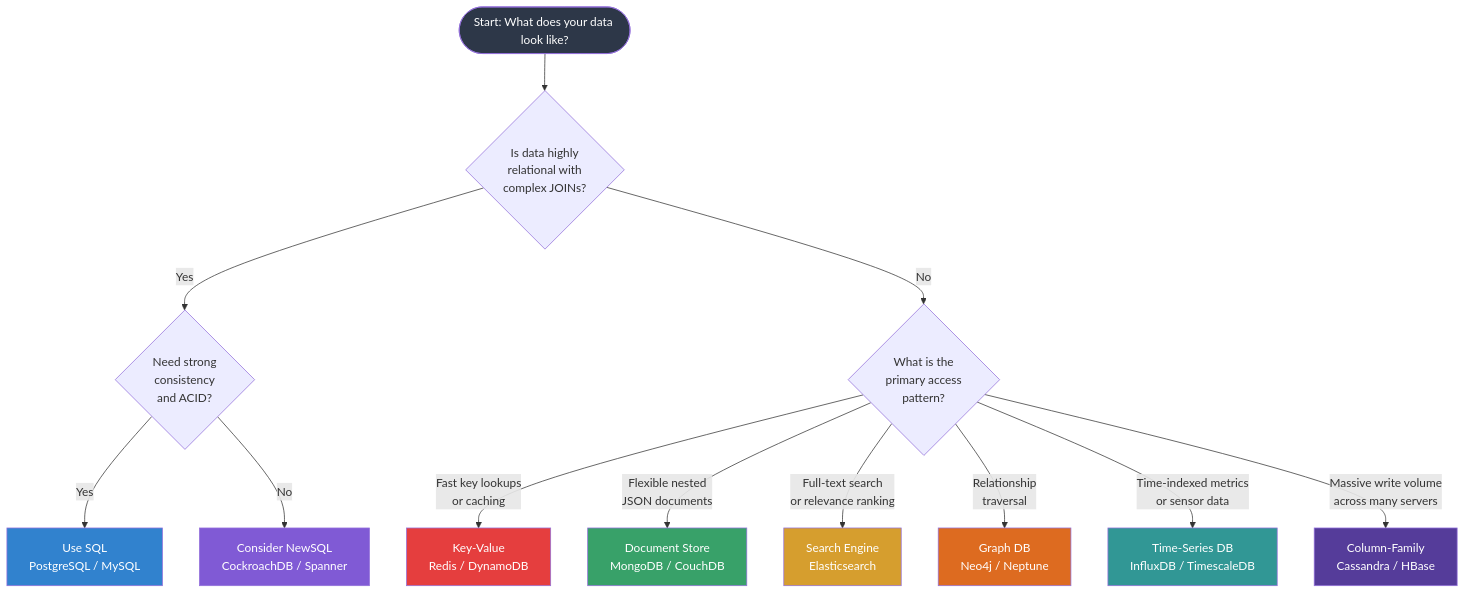
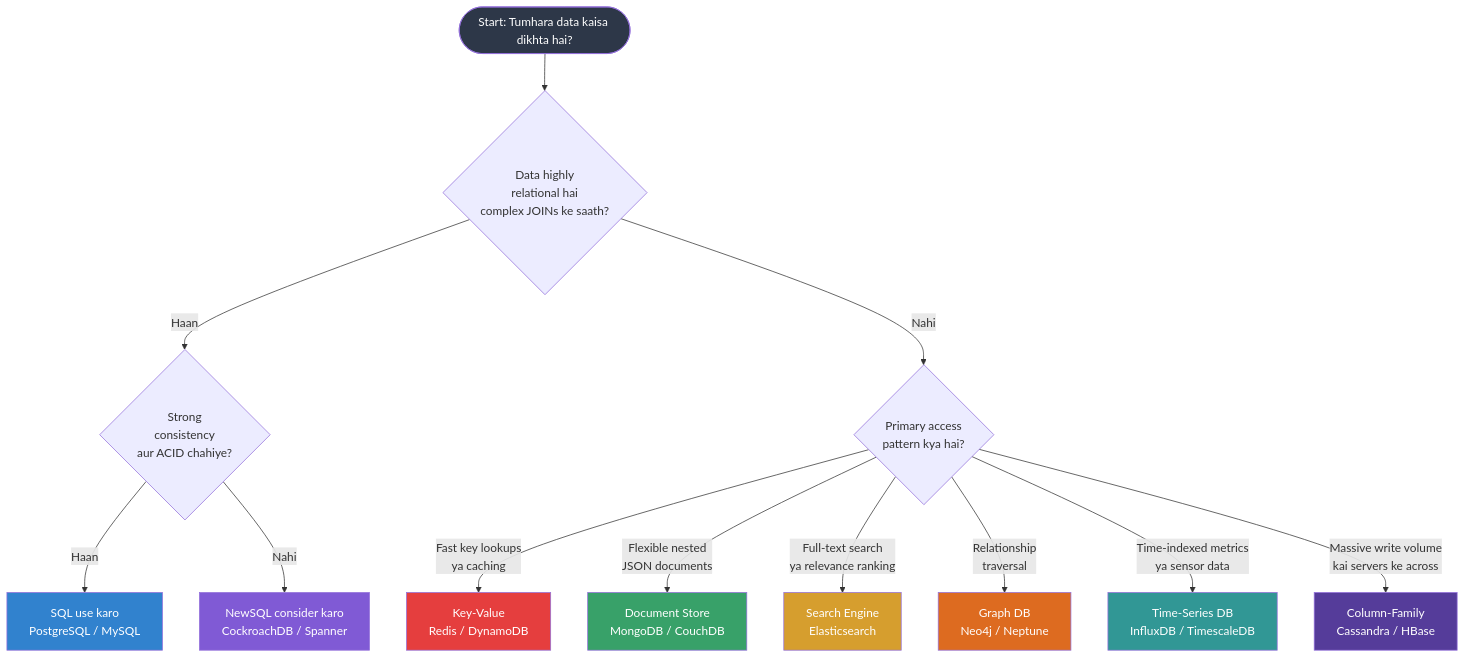
The second of 2 diagrams in database-notes/db-fundamentals/10-sql-vs-nosql.md (Siddesh-Pansare93/dev-notes), drawn with Mermaid before and after one commit. The commit also changed other lines of this file and 248 other files, not shown here.

````diff
--- a/database-notes/db-fundamentals/10-sql-vs-nosql.md
+++ b/database-notes/db-fundamentals/10-sql-vs-nosql.md
@@ -236,26 +236,26 @@
 ```mermaid
 flowchart TD
-    Start([Start: What does your data look like?]) --> Q1{Is data highly\nrelational with\ncomplex JOINs?}
-    Q1 -->|Yes| Q2{Need strong\nconsistency\nand ACID?}
-    Q1 -->|No| Q3{What is the\nprimary access\npattern?}
+    Start([Start: Tumhara data kaisa dikhta hai?]) --> Q1{Data highly\nrelational hai\ncomplex JOINs ke saath?}
+    Q1 -->|Haan| Q2{Strong\nconsistency\naur ACID chahiye?}
+    Q1 -->|Nahi| Q3{Primary access\npattern kya hai?}
 
-    Q2 -->|Yes| SQL[Use SQL\nPostgreSQL / MySQL]
-    Q2 -->|No| NEWSQL[Consider NewSQL\nCockroachDB / Spanner]
+    Q2 -->|Haan| SQL[SQL use karo\nPostgreSQL / MySQL]
+    Q2 -->|Nahi| NEWSQL[NewSQL consider karo\nCockroachDB / Spanner]
 
-    Q3 -->|Fast key lookups\nor caching| REDIS[Key-Value\nRedis / DynamoDB]
+    Q3 -->|Fast key lookups\nya caching| REDIS[Key-Value\nRedis / DynamoDB]
     Q3 -->|Flexible nested\nJSON documents| MONGO[Document Store\nMongoDB / CouchDB]
-    Q3 -->|Full-text search\nor relevance ranking| ELASTIC[Search Engine\nElasticsearch]
+    Q3 -->|Full-text search\nya relevance ranking| ELASTIC[Search Engine\nElasticsearch]
     Q3 -->|Relationship\ntraversal| GRAPH[Graph DB\nNeo4j / Neptune]
-    Q3 -->|Time-indexed metrics\nor sensor data| TIMESERIES[Time-Series DB\nInfluxDB / TimescaleDB]
-    Q3 -->|Massive write volume\nacross many servers| CASSANDRA[Column-Family\nCassandra / HBase]
+    Q3 -->|Time-indexed metrics\nya sensor data| TIMESERIES[Time-Series DB\nInfluxDB / TimescaleDB]
+    Q3 -->|Massive write volume\nkai servers ke across| CASSANDRA[Column-Family\nCassandra / HBase]
 
     style Start fill:#2d3748,color:#fff
     style SQL fill:#3182ce,color:#fff
     style NEWSQL fill:#805ad5,color:#fff
     style REDIS fill:#e53e3e,color:#fff
     style MONGO fill:#38a169,color:#fff
     style ELASTIC fill:#d69e2e,color:#fff
     style GRAPH fill:#dd6b20,color:#fff
     style TIMESERIES fill:#319795,color:#fff
     style CASSANDRA fill:#553c9a,color:#fff
 ```
````
